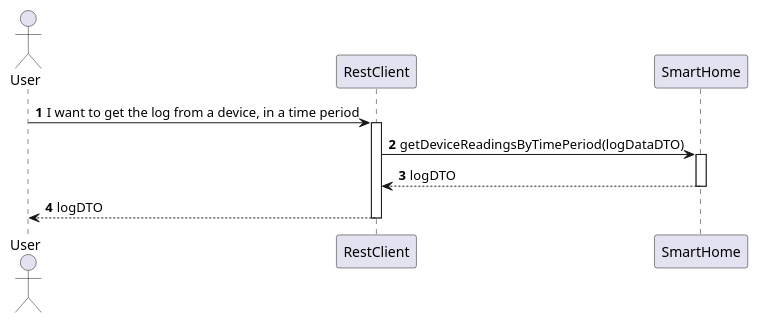
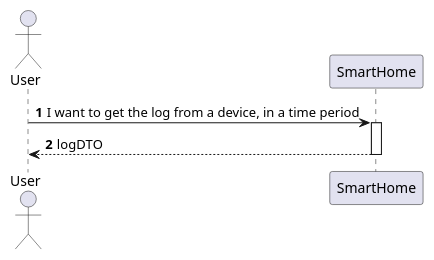
The diagram in docs/ooa/C4_4plus1_models/Level1/ProcessView/ProcessViewLevel1_UC11.puml (olivDiogo/SmartHome), drawn with PlantUML before and after one commit. The commit also changed 119 other files, not shown here.

Commit message:
docs: added Process View diagrams for UC16 (US37) - #490

```diff
--- a/docs/ooa/C4_4plus1_models/Level1/ProcessView/ProcessViewLevel1_UC11.puml
+++ b/docs/ooa/C4_4plus1_models/Level1/ProcessView/ProcessViewLevel1_UC11.puml
@@ -1,23 +1,15 @@
 @startuml
 'https://plantuml.com/sequence-diagram
 !pragma layout smetana
 
 autonumber
 
 actor "User" as User
-participant "RestClient" as RC
 participant "SmartHome" as SH
 
-
-User -> RC : I want to get the log from a device, in a time period
-activate RC
-
-RC -> SH : getDeviceReadingsByTimePeriod(logDataDTO)
+User -> SH : I want to get the log from a device, in a time period
 activate SH
 
-SH --> RC : logDTO
+SH --> User : logDTO
 deactivate SH
-
-RC --> User : logDTO
-deactivate RC
 @enduml
```
